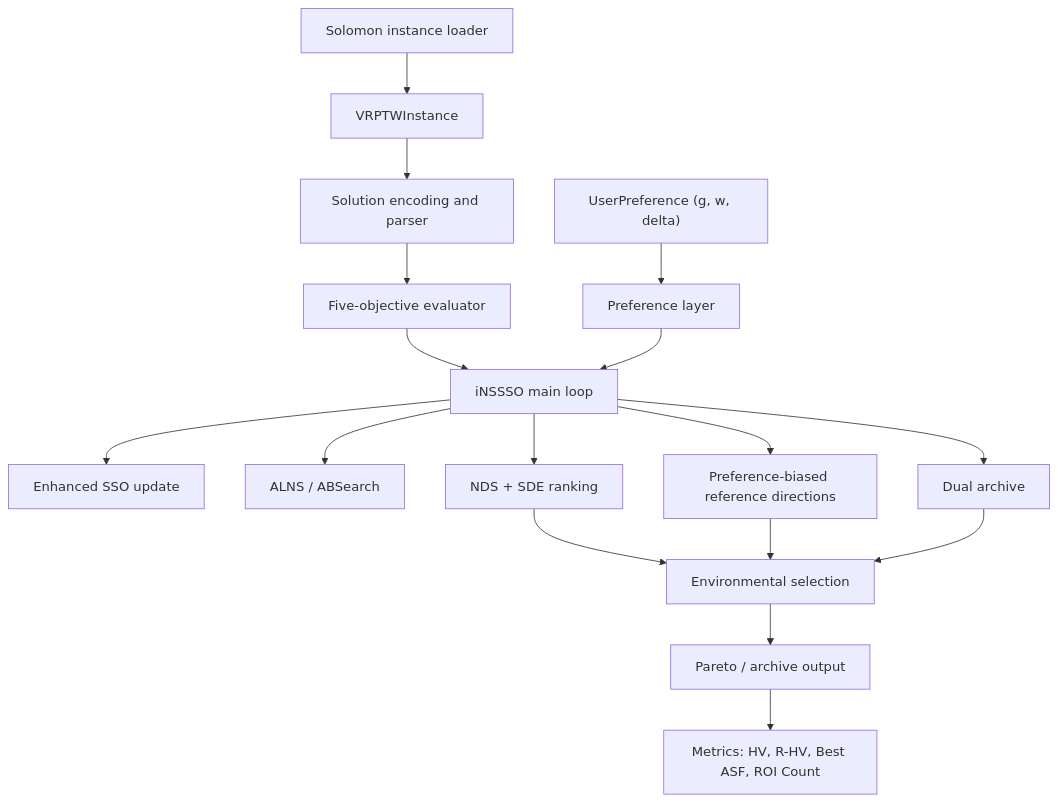
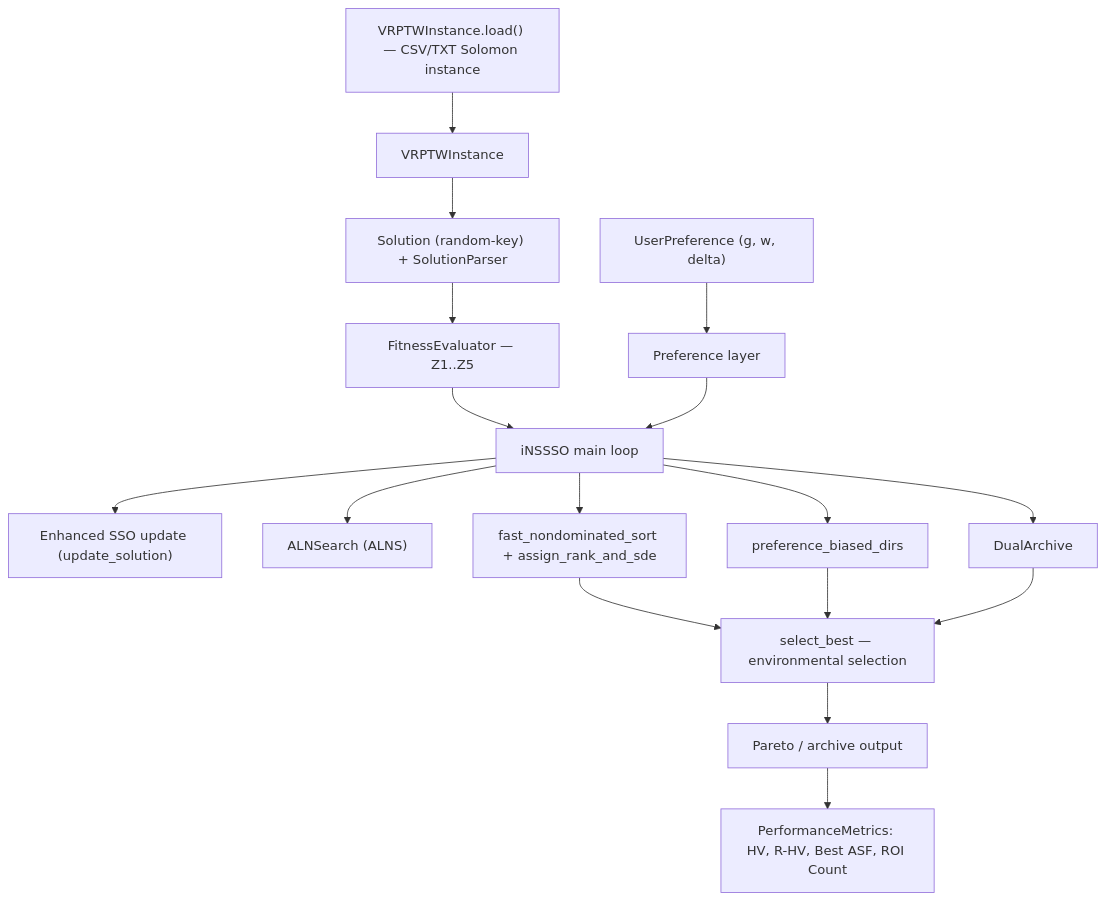
One commit to nmhieu981/vrptw-for-pisso changed the first of 8 diagrams in q1_diagrams_mermaid.md. Above: the diagram before and after it, drawn with Mermaid. The commit also changed other lines of this file, not shown here.

````diff
--- a/q1_diagrams_mermaid.md
+++ b/q1_diagrams_mermaid.md
@@ -9,23 +11,23 @@
 ```mermaid
 flowchart TB
-    A["Solomon instance loader"] --> B["VRPTWInstance"]
-    B --> C["Solution encoding and parser"]
-    C --> D["Five-objective evaluator"]
+    A["VRPTWInstance.load() — CSV/TXT Solomon instance"] --> B["VRPTWInstance"]
+    B --> C["Solution (random-key) + SolutionParser"]
+    C --> D["FitnessEvaluator — Z1..Z5"]
     P["UserPreference (g, w, delta)"] --> E["Preference layer"]
 
     D --> F["iNSSSO main loop"]
     E --> F
 
-    F --> G["Enhanced SSO update"]
-    F --> H["ALNS / ABSearch"]
-    F --> I["NDS + SDE ranking"]
-    F --> J["Preference-biased reference directions"]
-    F --> K["Dual archive"]
+    F --> G["Enhanced SSO update (update_solution)"]
+    F --> H["ALNSearch (ALNS)"]
+    F --> I["fast_nondominated_sort + assign_rank_and_sde"]
+    F --> J["preference_biased_dirs"]
+    F --> K["DualArchive"]
 
-    I --> L["Environmental selection"]
+    I --> L["select_best — environmental selection"]
     J --> L
     K --> L
 
     L --> M["Pareto / archive output"]
-    M --> N["Metrics: HV, R-HV, Best ASF, ROI Count"]
+    M --> N["PerformanceMetrics: HV, R-HV, Best ASF, ROI Count"]
 ```
````
